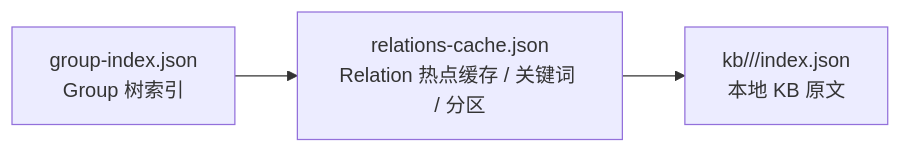
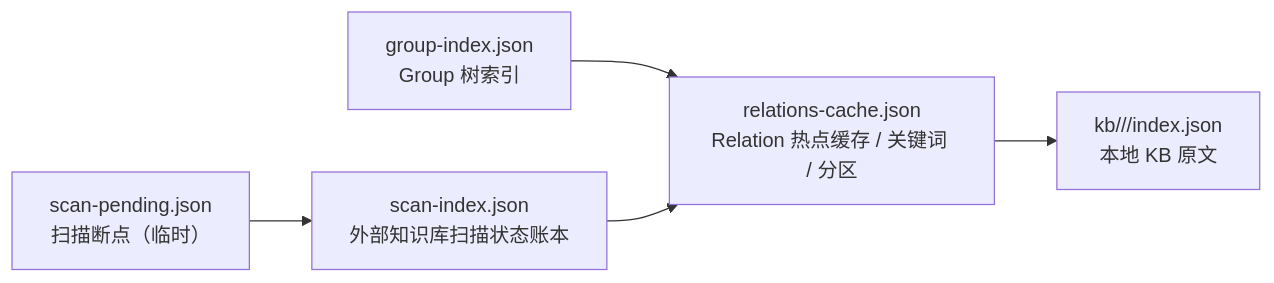
Before and after one commit to HACK-WU/memory-lancedb-mcp: the second of 4 diagrams in knowledge-index/docs/architecture.md, drawn with Mermaid. The commit also changed other lines of this file and 4 other files, not shown here.

First line of the commit message:
docs: 补充数据文件关系文档，说明 index.json key 差异和 scan-pending.json 作用

````diff
--- a/knowledge-index/docs/architecture.md
+++ b/knowledge-index/docs/architecture.md
@@ -37,9 +37,13 @@
 ```mermaid
 flowchart LR
     GI["group-index.json<br/>Group 树索引"]
     RC["relations-cache.json<br/>Relation 热点缓存 / 关键词 / 分区"]
     KB["kb/<scope>/<group>/index.json<br/>本地 KB 原文"]
+    SI["scan-index.json<br/>外部知识库扫描状态账本"]
+    SP["scan-pending.json<br/>扫描断点（临时）"]
 
     GI --> RC
     RC --> KB
+    SI --> RC
+    SP --> SI
 ```
````
